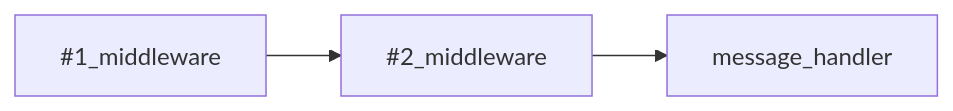
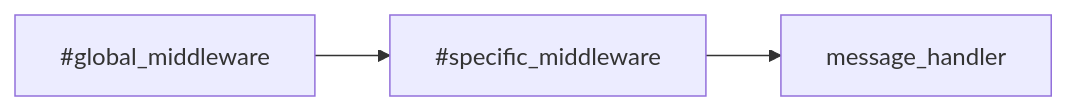
Before and after one commit to nutgram/nutgram: the diagram in docs/usage/handlers.md, drawn with Mermaid. The commit also changed other lines of this file and 1 other file, not shown here.

````diff
--- a/docs/usage/handlers.md
+++ b/docs/usage/handlers.md
@@ -59,5 +61,5 @@
 ```mermaid
 graph LR
-    #1_middleware-->#2_middleware
-    #2_middleware-->message_handler
+    #global_middleware-->#specific_middleware
+    #specific_middleware-->message_handler
 ```
````
